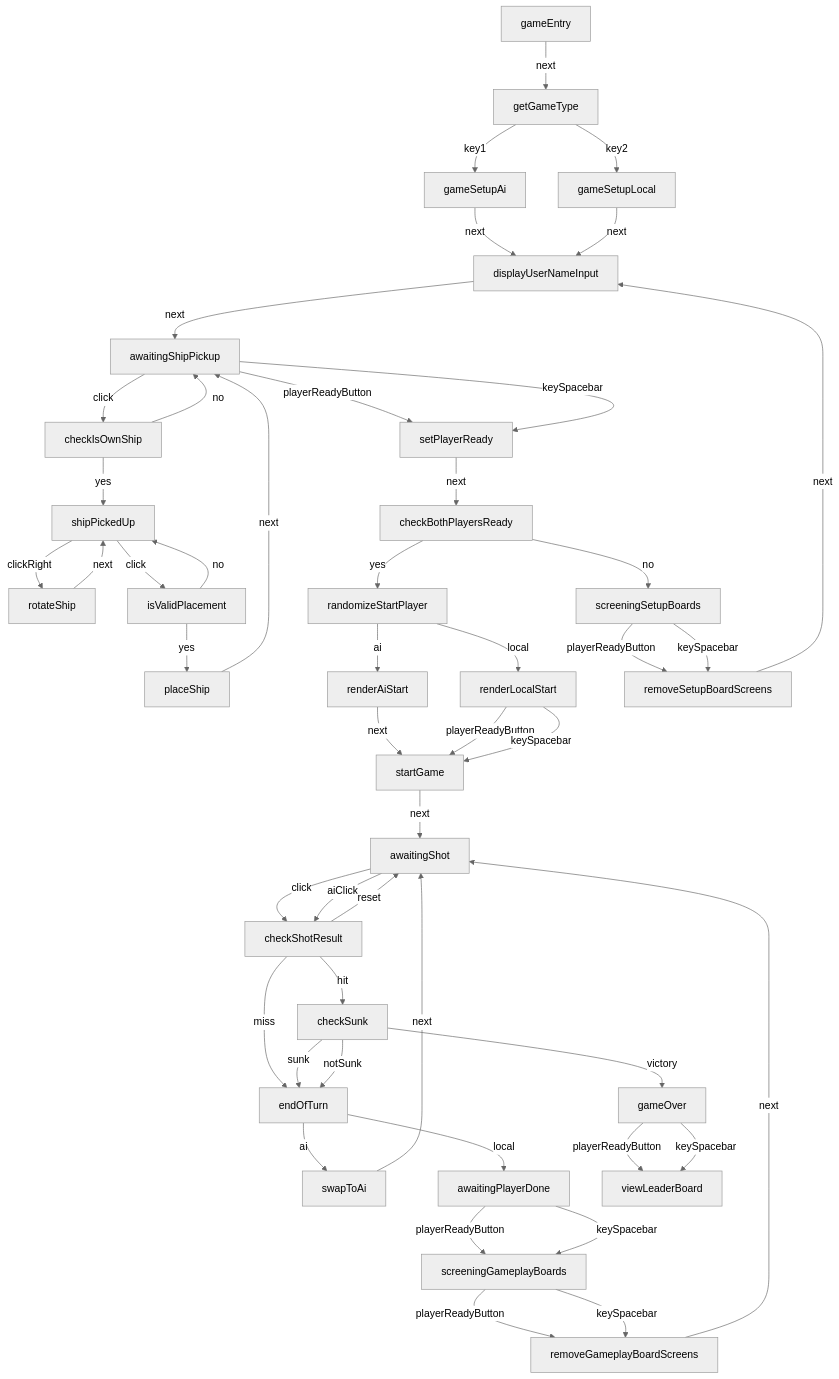
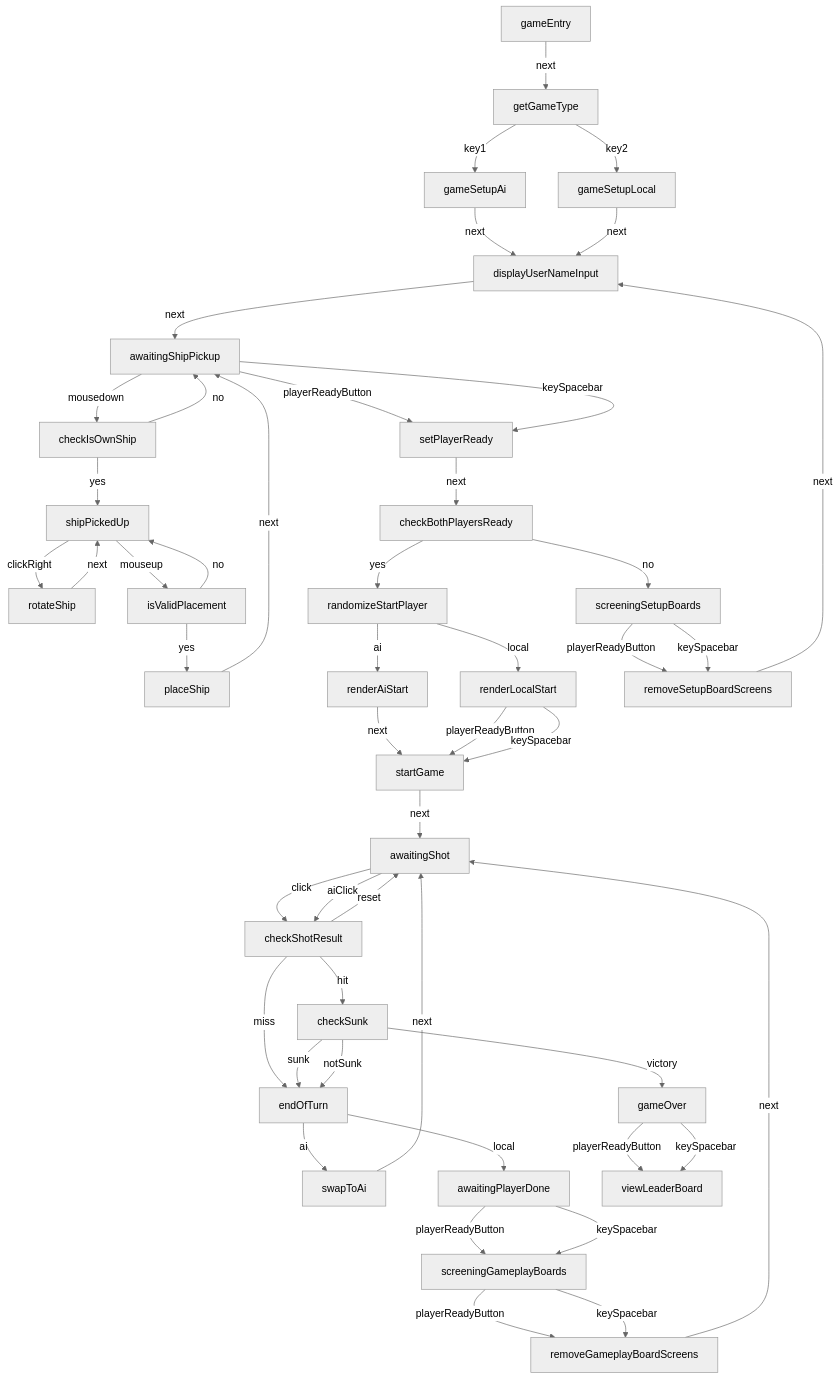
One commit to pgoshulak/battleship changed the diagram in statemap.md. Above: the diagram before and after it, drawn with Mermaid (neutral theme). The commit also changed 3 other files, not shown here.

````diff
--- a/statemap.md
+++ b/statemap.md
@@ -3,50 +3,50 @@
 ```mermaid
 graph TD;
 gameEntry[gameEntry] -- next --> getGameType[getGameType] ;
 getGameType[getGameType] -- key1 --> gameSetupAi[gameSetupAi] ;
 getGameType[getGameType] -- key2 --> gameSetupLocal[gameSetupLocal] ;
 gameSetupAi[gameSetupAi] -- next --> displayUserNameInput[displayUserNameInput] ;
 gameSetupLocal[gameSetupLocal] -- next --> displayUserNameInput[displayUserNameInput] ;
 displayUserNameInput[displayUserNameInput] -- next --> awaitingShipPickup[awaitingShipPickup] ;
-awaitingShipPickup[awaitingShipPickup] -- click --> checkIsOwnShip[checkIsOwnShip] ;
+awaitingShipPickup[awaitingShipPickup] -- mousedown --> checkIsOwnShip[checkIsOwnShip] ;
 awaitingShipPickup[awaitingShipPickup] -- playerReadyButton --> setPlayerReady[setPlayerReady] ;
 awaitingShipPickup[awaitingShipPickup] -- keySpacebar --> setPlayerReady[setPlayerReady] ;
 checkIsOwnShip[checkIsOwnShip] -- yes --> shipPickedUp[shipPickedUp] ;
 checkIsOwnShip[checkIsOwnShip] -- no --> awaitingShipPickup[awaitingShipPickup] ;
 shipPickedUp[shipPickedUp] -- clickRight --> rotateShip[rotateShip] ;
-shipPickedUp[shipPickedUp] -- click --> isValidPlacement[isValidPlacement] ;
+shipPickedUp[shipPickedUp] -- mouseup --> isValidPlacement[isValidPlacement] ;
 rotateShip[rotateShip] -- next --> shipPickedUp[shipPickedUp] ;
 isValidPlacement[isValidPlacement] -- yes --> placeShip[placeShip] ;
 isValidPlacement[isValidPlacement] -- no --> shipPickedUp[shipPickedUp] ;
 placeShip[placeShip] -- next --> awaitingShipPickup[awaitingShipPickup] ;
 setPlayerReady[setPlayerReady] -- next --> checkBothPlayersReady[checkBothPlayersReady] ;
 checkBothPlayersReady[checkBothPlayersReady] -- yes --> randomizeStartPlayer[randomizeStartPlayer] ;
 checkBothPlayersReady[checkBothPlayersReady] -- no --> screeningSetupBoards[screeningSetupBoards] ;
 randomizeStartPlayer[randomizeStartPlayer] -- ai --> renderAiStart[renderAiStart] ;
 randomizeStartPlayer[randomizeStartPlayer] -- local --> renderLocalStart[renderLocalStart] ;
 renderAiStart[renderAiStart] -- next --> startGame[startGame] ;
 renderLocalStart[renderLocalStart] -- playerReadyButton --> startGame[startGame] ;
 renderLocalStart[renderLocalStart] -- keySpacebar --> startGame[startGame] ;
 startGame[startGame] -- next --> awaitingShot[awaitingShot] ;
 screeningSetupBoards[screeningSetupBoards] -- playerReadyButton --> removeSetupBoardScreens[removeSetupBoardScreens] ;
 screeningSetupBoards[screeningSetupBoards] -- keySpacebar --> removeSetupBoardScreens[removeSetupBoardScreens] ;
 removeSetupBoardScreens[removeSetupBoardScreens] -- next --> displayUserNameInput[displayUserNameInput] ;
 awaitingShot[awaitingShot] -- click --> checkShotResult[checkShotResult] ;
 awaitingShot[awaitingShot] -- aiClick --> checkShotResult[checkShotResult] ;
 checkShotResult[checkShotResult] -- reset --> awaitingShot[awaitingShot] ;
 checkShotResult[checkShotResult] -- miss --> endOfTurn[endOfTurn] ;
 checkShotResult[checkShotResult] -- hit --> checkSunk[checkSunk] ;
 checkSunk[checkSunk] -- victory --> gameOver[gameOver] ;
 checkSunk[checkSunk] -- sunk --> endOfTurn[endOfTurn] ;
 checkSunk[checkSunk] -- notSunk --> endOfTurn[endOfTurn] ;
 endOfTurn[endOfTurn] -- ai --> swapToAi[swapToAi] ;
 endOfTurn[endOfTurn] -- local --> awaitingPlayerDone[awaitingPlayerDone] ;
 swapToAi[swapToAi] -- next --> awaitingShot[awaitingShot] ;
 awaitingPlayerDone[awaitingPlayerDone] -- playerReadyButton --> screeningGameplayBoards[screeningGameplayBoards] ;
 awaitingPlayerDone[awaitingPlayerDone] -- keySpacebar --> screeningGameplayBoards[screeningGameplayBoards] ;
 screeningGameplayBoards[screeningGameplayBoards] -- playerReadyButton --> removeGameplayBoardScreens[removeGameplayBoardScreens] ;
 screeningGameplayBoards[screeningGameplayBoards] -- keySpacebar --> removeGameplayBoardScreens[removeGameplayBoardScreens] ;
 removeGameplayBoardScreens[removeGameplayBoardScreens] -- next --> awaitingShot[awaitingShot] ;
 gameOver[gameOver] -- playerReadyButton --> viewLeaderBoard[viewLeaderBoard] ;
 gameOver[gameOver] -- keySpacebar --> viewLeaderBoard[viewLeaderBoard] ;
 ```
````
